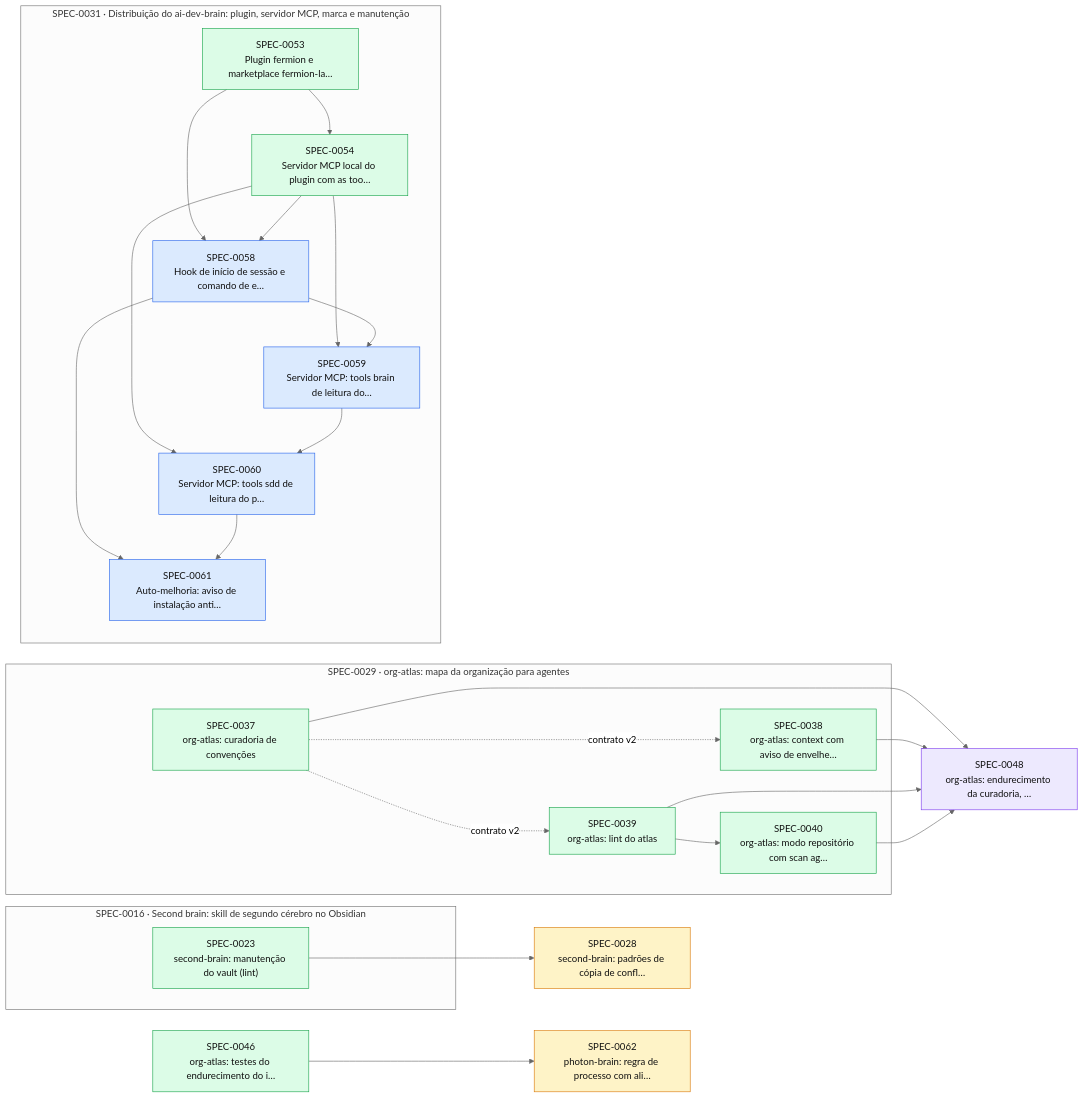
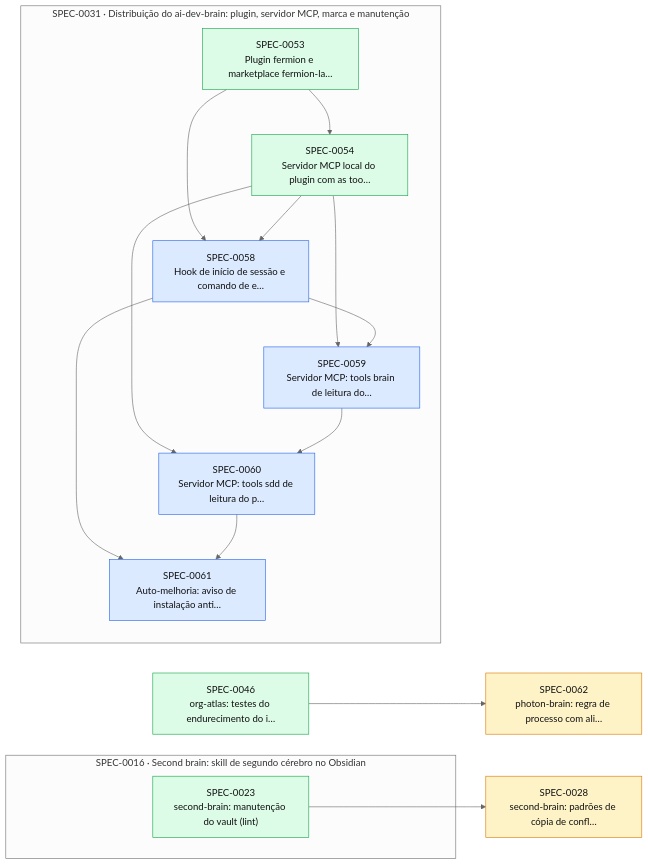
One commit to thomasravache/ai-dev-brain changed the diagram in docs/specs/INDEX.md. Above: the diagram before and after it, drawn with Mermaid (neutral theme). The commit also changed other lines of this file and 1 other file, not shown here.

First line of the commit message:
docs(specs): G7 e fechamento da SPEC-0048

````diff
--- a/docs/specs/INDEX.md
+++ b/docs/specs/INDEX.md
@@ -54,47 +53,33 @@
 ```mermaid
 flowchart LR
   S0028["SPEC-0028<br/>second-brain: padrões de cópia de confl…"]:::proposed
   S0046["SPEC-0046<br/>org-atlas: testes do endurecimento do i…"]:::implemented
-  S0048["SPEC-0048<br/>org-atlas: endurecimento da curadoria, …"]:::inprogress
   S0062["SPEC-0062<br/>photon-brain: regra de processo com ali…"]:::proposed
   subgraph E0016["SPEC-0016 · Second brain: skill de segundo cérebro no Obsidian"]
     S0023["SPEC-0023<br/>second-brain: manutenção do vault (lint)"]:::implemented
-  end
-  subgraph E0029["SPEC-0029 · org-atlas: mapa da organização para agentes"]
-    S0037["SPEC-0037<br/>org-atlas: curadoria de convenções"]:::implemented
-    S0038["SPEC-0038<br/>org-atlas: context com aviso de envelhe…"]:::implemented
-    S0039["SPEC-0039<br/>org-atlas: lint do atlas"]:::implemented
-    S0040["SPEC-0040<br/>org-atlas: modo repositório com scan ag…"]:::implemented
   end
   subgraph E0031["SPEC-0031 · Distribuição do ai-dev-brain: plugin, servidor MCP, marca e manutenção"]
     S0053["SPEC-0053<br/>Plugin fermion e marketplace fermion-la…"]:::implemented
     S0054["SPEC-0054<br/>Servidor MCP local do plugin com as too…"]:::implemented
     S0058["SPEC-0058<br/>Hook de início de sessão e comando de e…"]:::approved
     S0059["SPEC-0059<br/>Servidor MCP: tools brain de leitura do…"]:::approved
     S0060["SPEC-0060<br/>Servidor MCP: tools sdd de leitura do p…"]:::approved
     S0061["SPEC-0061<br/>Auto-melhoria: aviso de instalação anti…"]:::approved
   end
   S0023 --> S0028
-  S0037 -. contrato v2 .-> S0038
-  S0037 -. contrato v2 .-> S0039
-  S0039 --> S0040
-  S0037 --> S0048
-  S0038 --> S0048
-  S0039 --> S0048
-  S0040 --> S0048
   S0053 --> S0054
   S0053 --> S0058
   S0054 --> S0058
   S0054 --> S0059
   S0058 --> S0059
   S0054 --> S0060
   S0059 --> S0060
   S0058 --> S0061
   S0060 --> S0061
   S0046 --> S0062
   classDef proposed fill:#fef3c7,stroke:#d97706,color:#111
   classDef approved fill:#dbeafe,stroke:#2563eb,color:#111
   classDef inprogress fill:#ede9fe,stroke:#7c3aed,color:#111
   classDef implemented fill:#dcfce7,stroke:#16a34a,color:#111
   classDef deprecated fill:#f3f4f6,stroke:#9ca3af,color:#6b7280
 ```
````
